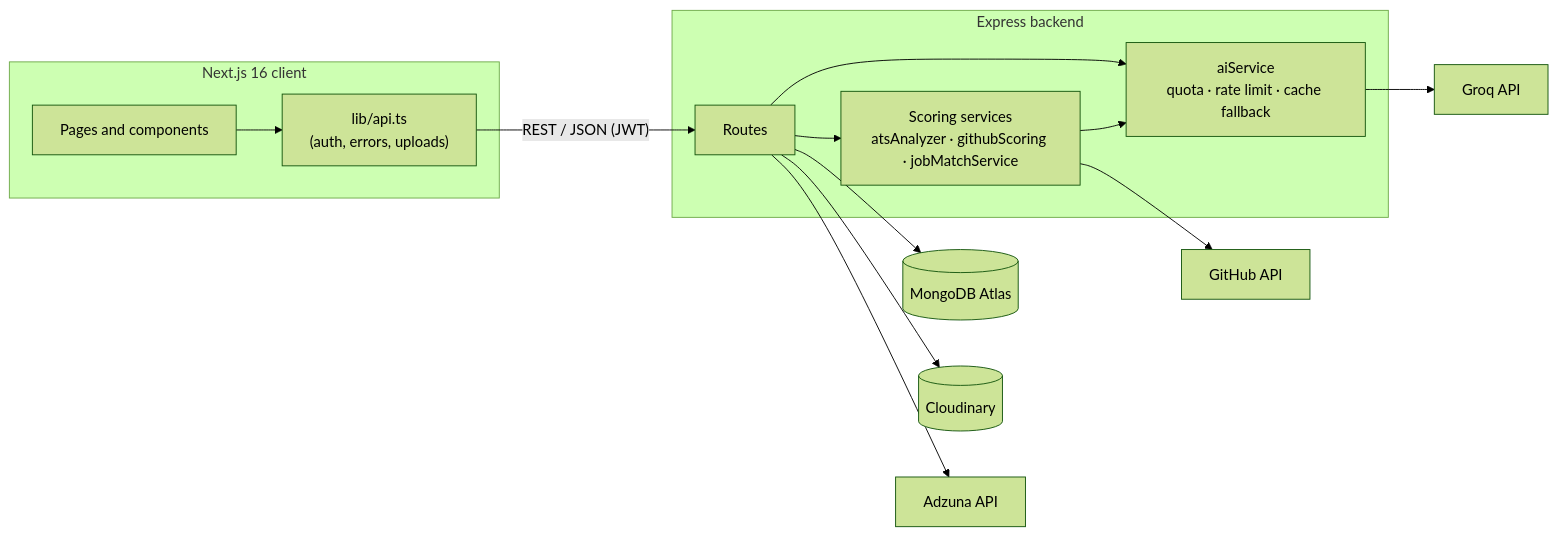
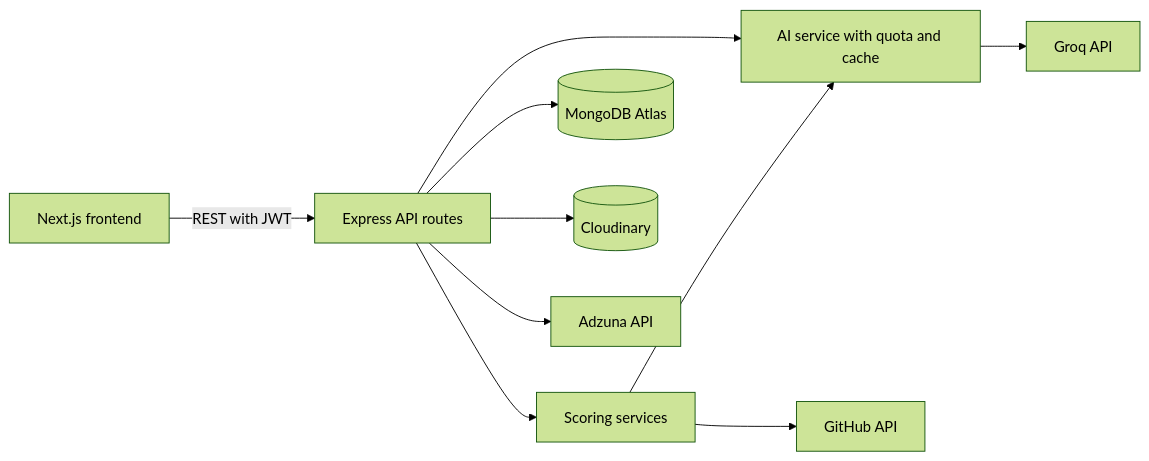
The diagram in README.md (Rishabh893-ux/CareerOS-AI), drawn with Mermaid (forest theme) before and after one commit.

Commit message:
Fix README architecture diagram so GitHub can render it

````diff
--- a/README.md
+++ b/README.md
@@ -156,20 +156,22 @@
 ```mermaid
 flowchart LR
-    subgraph Client["Next.js 16 client"]
-        UI["Pages and components"] --> API["lib/api.ts<br/>(auth, errors, uploads)"]
-    end
+    Client["Next.js frontend"]
+    Routes["Express API routes"]
+    Scoring["Scoring services"]
+    AI["AI service with quota and cache"]
+    Mongo[("MongoDB Atlas")]
+    Files[("Cloudinary")]
+    Groq["Groq API"]
+    GitHubAPI["GitHub API"]
+    Adzuna["Adzuna API"]
 
-    API -- "REST / JSON (JWT)" --> Express
-
-    subgraph Server["Express backend"]
-        Express["Routes"] --> Scoring["Scoring services<br/>atsAnalyzer · githubScoring · jobMatchService"]
-        Express --> AI["aiService<br/>quota · rate limit · cache fallback"]
-        Scoring --> AI
-    end
-
-    Express --> Mongo[("MongoDB Atlas")]
-    Express --> Cloudinary[("Cloudinary")]
-    AI --> Groq["Groq API"]
-    Scoring --> GitHub["GitHub API"]
-    Express --> Adzuna["Adzuna API"]
+    Client -->|REST with JWT| Routes
+    Routes --> Scoring
+    Routes --> AI
+    Scoring --> AI
+    Routes --> Mongo
+    Routes --> Files
+    Routes --> Adzuna
+    Scoring --> GitHubAPI
+    AI --> Groq
 ```
````
